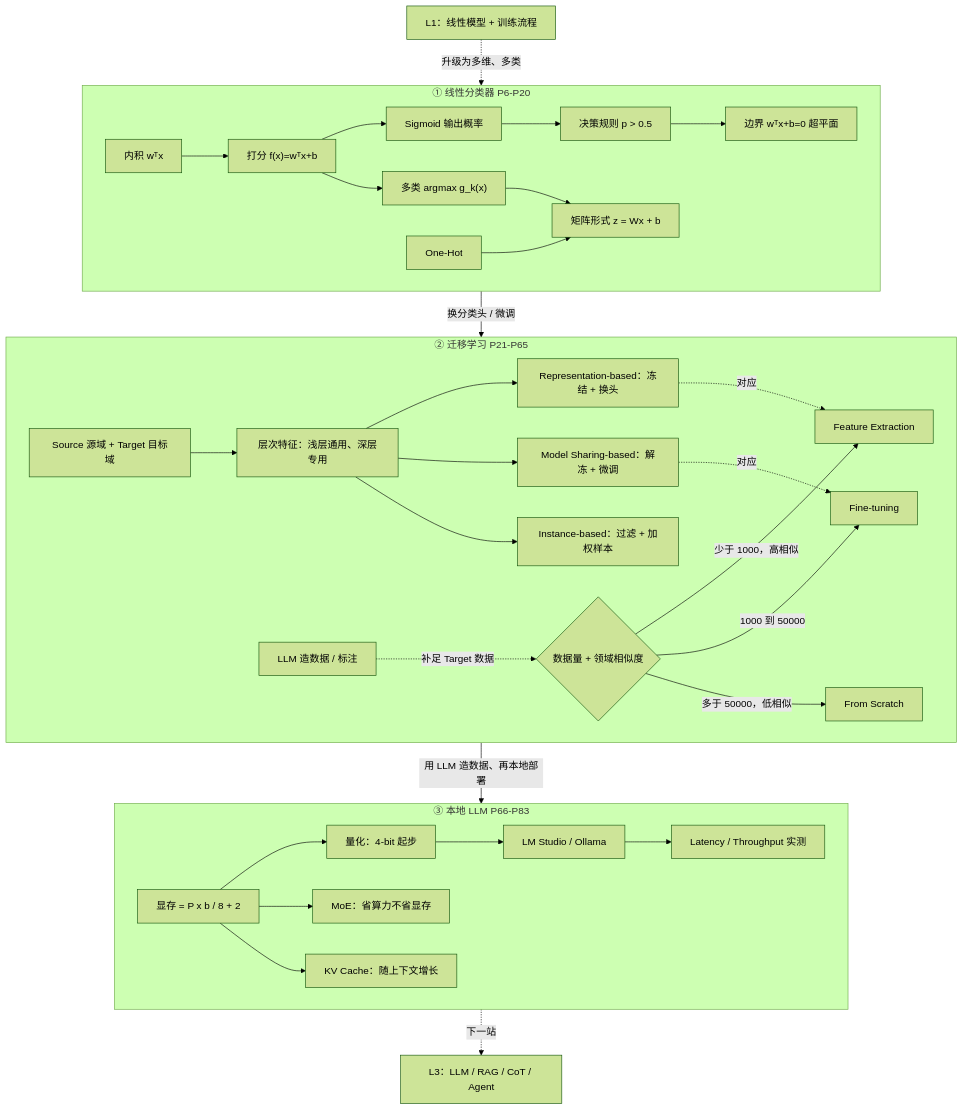
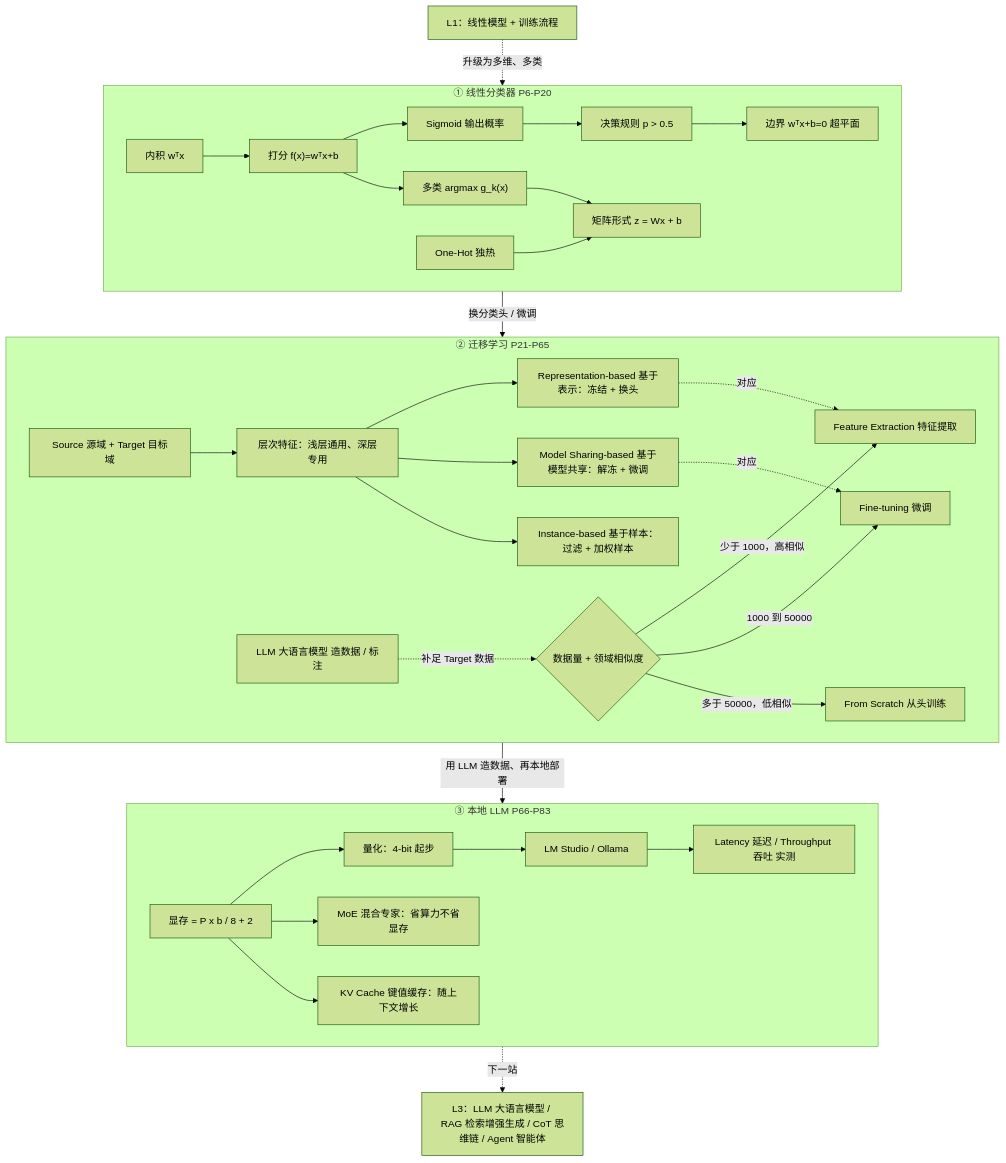
One commit to gujunyang/STAT6207 changed the second of 2 diagrams in stat6207-learning/lectures/L2/L2_outline.md. Above: the diagram before and after it, drawn with Mermaid (forest theme). The commit also changed other lines of this file and 19 other files, not shown here.

````diff
--- a/stat6207-learning/lectures/L2/L2_outline.md
+++ b/stat6207-learning/lectures/L2/L2_outline.md
@@ -63,38 +64,38 @@
 ```mermaid
 flowchart TD
   subgraph LIN["① 线性分类器 P6-P20"]
     IP["内积 wᵀx"] --> S["打分 f(x)=wᵀx+b"]
     S --> SIG["Sigmoid 输出概率"]
     SIG --> DR["决策规则 p > 0.5"]
     DR --> BD["边界 wᵀx+b=0 超平面"]
     S --> MC["多类 argmax g_k(x)"]
     MC --> MAT["矩阵形式 z = Wx + b"]
-    OH["One-Hot"] --> MAT
+    OH["One-Hot 独热"] --> MAT
   end
 
   subgraph TL["② 迁移学习 P21-P65"]
     ST["Source 源域 + Target 目标域"] --> HF["层次特征：浅层通用、深层专用"]
-    HF --> O1["Representation-based：冻结 + 换头"]
-    HF --> O2["Model Sharing-based：解冻 + 微调"]
-    HF --> O3["Instance-based：过滤 + 加权样本"]
-    DM{"数据量 + 领域相似度"} -->|"少于 1000，高相似"| FE["Feature Extraction"]
-    DM -->|"1000 到 50000"| FT["Fine-tuning"]
-    DM -->|"多于 50000，低相似"| FS["From Scratch"]
+    HF --> O1["Representation-based 基于表示：冻结 + 换头"]
+    HF --> O2["Model Sharing-based 基于模型共享：解冻 + 微调"]
+    HF --> O3["Instance-based 基于样本：过滤 + 加权样本"]
+    DM{"数据量 + 领域相似度"} -->|"少于 1000，高相似"| FE["Feature Extraction 特征提取"]
+    DM -->|"1000 到 50000"| FT["Fine-tuning 微调"]
+    DM -->|"多于 50000，低相似"| FS["From Scratch 从头训练"]
     O1 -.->|"对应"| FE
     O2 -.->|"对应"| FT
-    LLM["LLM 造数据 / 标注"] -.->|"补足 Target 数据"| DM
+    LLM["LLM 大语言模型 造数据 / 标注"] -.->|"补足 Target 数据"| DM
   end
 
   subgraph LOC["③ 本地 LLM P66-P83"]
     MEM["显存 = P x b / 8 + 2"] --> QZ["量化：4-bit 起步"]
-    MEM --> MOE["MoE：省算力不省显存"]
-    MEM --> KV["KV Cache：随上下文增长"]
+    MEM --> MOE["MoE 混合专家：省算力不省显存"]
+    MEM --> KV["KV Cache 键值缓存：随上下文增长"]
     QZ --> TOOL["LM Studio / Ollama"]
-    TOOL --> PERF["Latency / Throughput 实测"]
+    TOOL --> PERF["Latency 延迟 / Throughput 吞吐 实测"]
   end
 
   L1["L1：线性模型 + 训练流程"] -.->|"升级为多维、多类"| LIN
   LIN -->|"换分类头 / 微调"| TL
   TL -->|"用 LLM 造数据、再本地部署"| LOC
-  LOC -.->|"下一站"| L3["L3：LLM / RAG / CoT / Agent"]
+  LOC -.->|"下一站"| L3["L3：LLM 大语言模型 / RAG 检索增强生成 / CoT 思维链 / Agent 智能体"]
 ```
````
